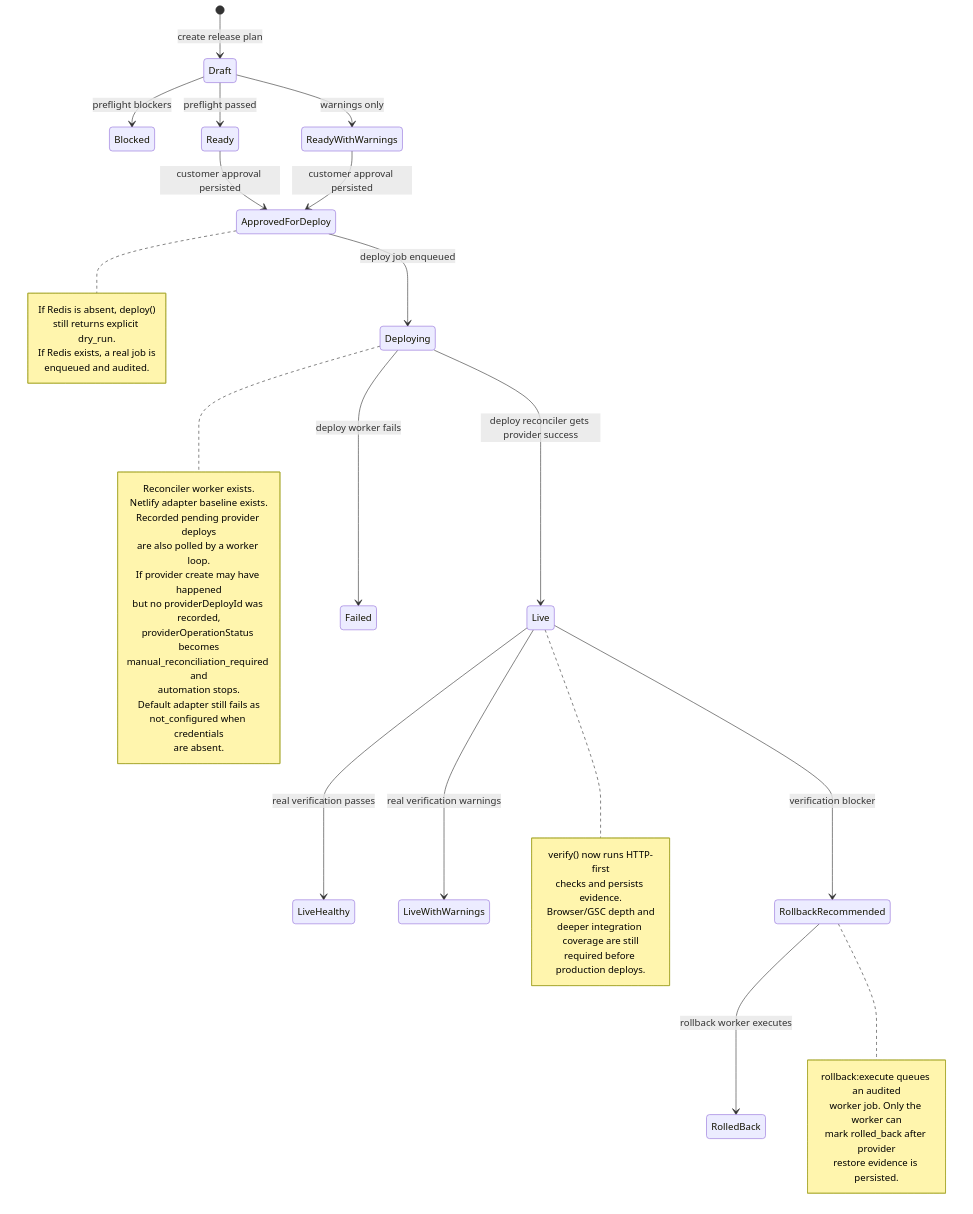
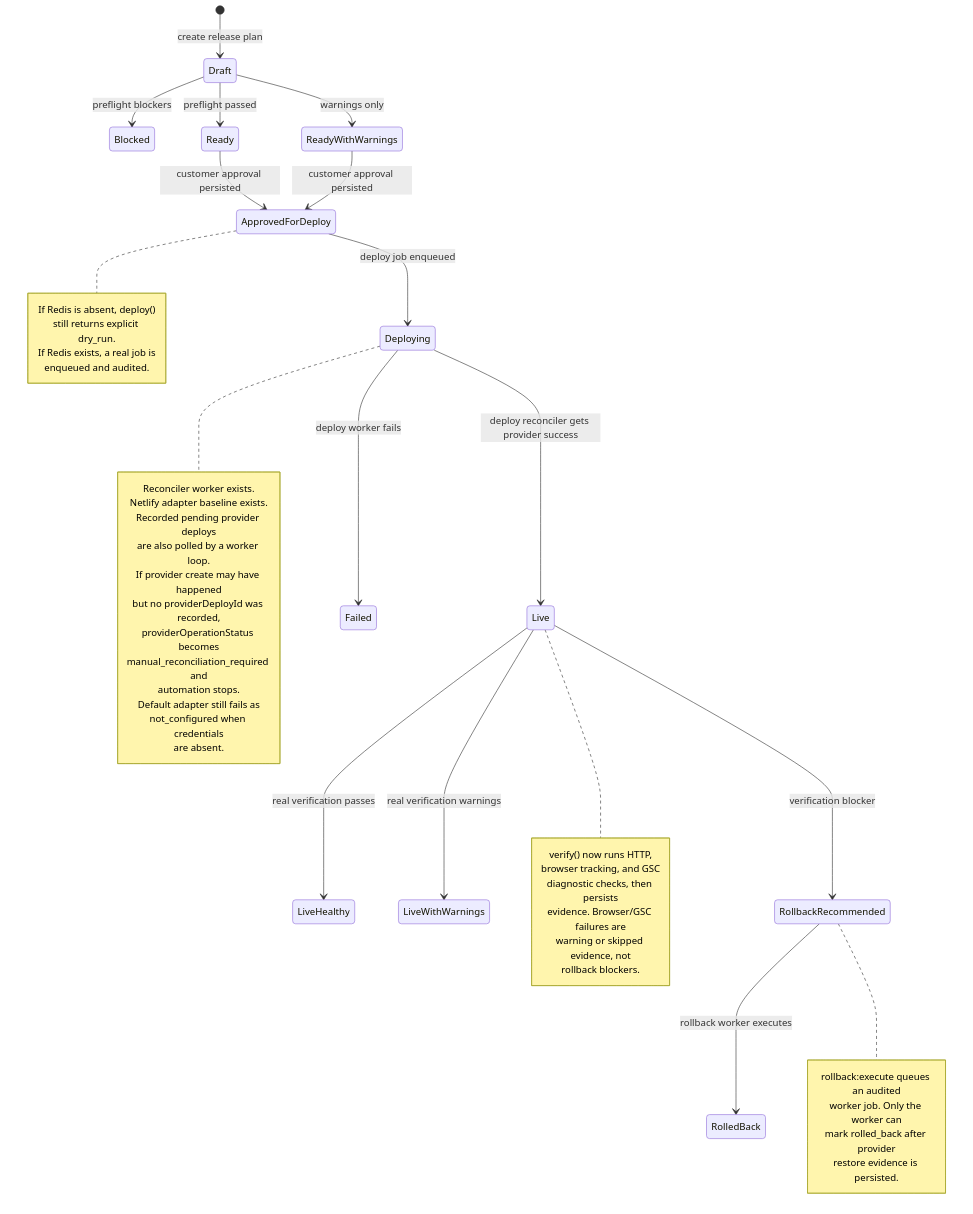
One commit to mayett515/Seo_automatisation changed the second of 3 diagrams in docs/architecture/backend-foundation-status.md. Above: the diagram before and after it, drawn with Mermaid. The commit also changed other lines of this file and 24 other files, not shown here.

````diff
--- a/docs/architecture/backend-foundation-status.md
+++ b/docs/architecture/backend-foundation-status.md
@@ -66,53 +66,54 @@
 ```mermaid
 stateDiagram-v2
   [*] --> Draft: create release plan
   Draft --> Blocked: preflight blockers
   Draft --> Ready: preflight passed
   Draft --> ReadyWithWarnings: warnings only
   Ready --> ApprovedForDeploy: customer approval persisted
   ReadyWithWarnings --> ApprovedForDeploy: customer approval persisted
   ApprovedForDeploy --> Deploying: deploy job enqueued
   Deploying --> Live: deploy reconciler gets provider success
   Deploying --> Failed: deploy worker fails
   Live --> LiveHealthy: real verification passes
   Live --> LiveWithWarnings: real verification warnings
   Live --> RollbackRecommended: verification blocker
   RollbackRecommended --> RolledBack: rollback worker executes
 
   note right of Deploying
     Reconciler worker exists.
     Netlify adapter baseline exists.
     Recorded pending provider deploys
     are also polled by a worker loop.
     If provider create may have happened
     but no providerDeployId was recorded,
     providerOperationStatus becomes
     manual_reconciliation_required and
     automation stops.
     Default adapter still fails as
     not_configured when credentials
     are absent.
   end note
 
   note right of ApprovedForDeploy
     If Redis is absent, deploy()
     still returns explicit dry_run.
     If Redis exists, a real job is
     enqueued and audited.
   end note
 
   note right of Live
-    verify() now runs HTTP-first
-    checks and persists evidence.
-    Browser/GSC depth and
-    deeper integration coverage are still
-    required before production deploys.
+    verify() now runs HTTP,
+    browser tracking, and GSC
+    diagnostic checks, then persists
+    evidence. Browser/GSC failures are
+    warning or skipped evidence, not
+    rollback blockers.
   end note
 
   note right of RollbackRecommended
     rollback:execute queues an audited
     worker job. Only the worker can
     mark rolled_back after provider
     restore evidence is persisted.
   end note
 ```
````
